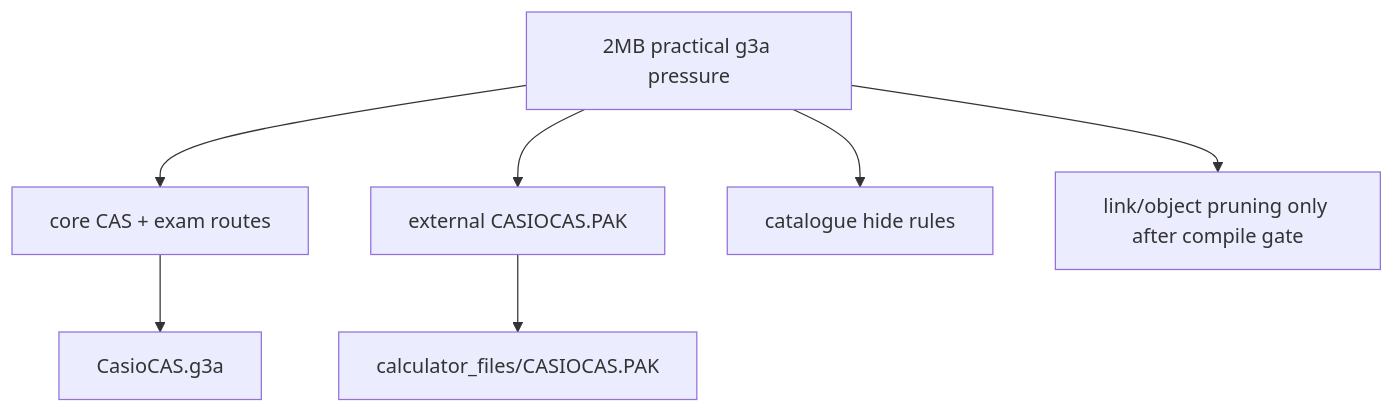
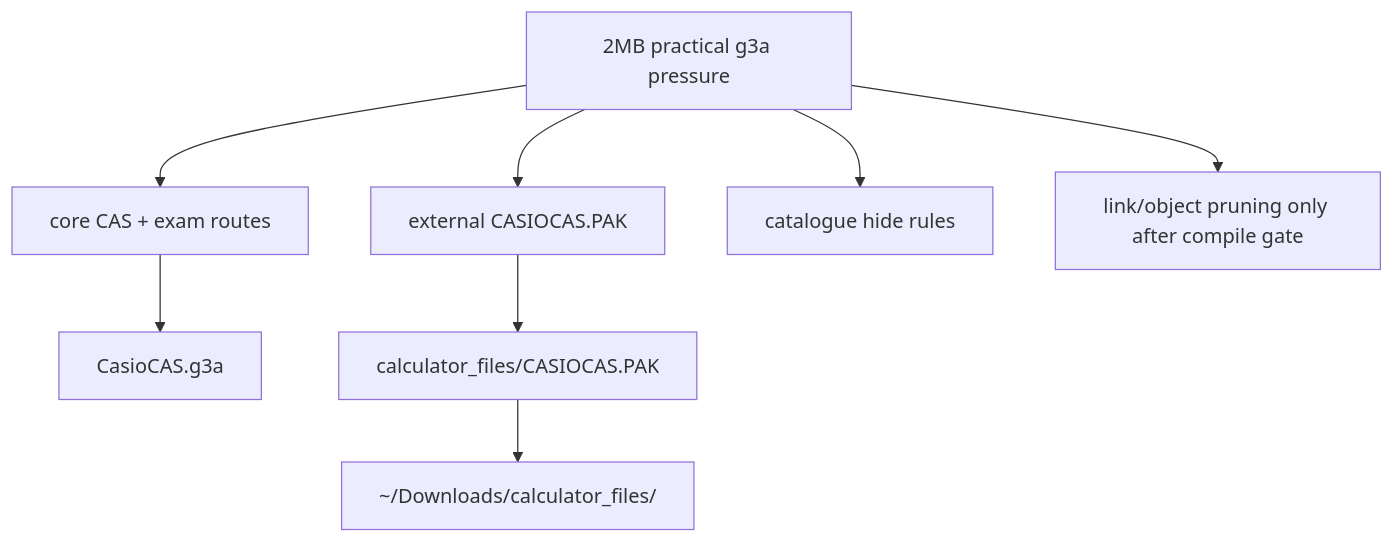
One commit to james8464/notes-addin-casio-fx-cg50 changed the seventh of 8 diagrams in c++/GRAPH.md. Above: the diagram before and after it, drawn with Mermaid. The commit also changed other lines of this file and 53 other files, not shown here.

````diff
--- a/c++/GRAPH.md
+++ b/c++/GRAPH.md
@@ -167,9 +168,10 @@
 ```mermaid
 graph TD
   ROM["2MB practical g3a pressure"] --> Keep["core CAS + exam routes"]
   ROM --> Offload["external CASIOCAS.PAK"]
   ROM --> Hide["catalogue hide rules"]
   ROM --> Prune["link/object pruning only after compile gate"]
   Keep --> Calc["CasioCAS.g3a"]
   Offload --> Files["calculator_files/CASIOCAS.PAK"]
+  Files --> DL["~/Downloads/calculator_files/"]
 ```
````
